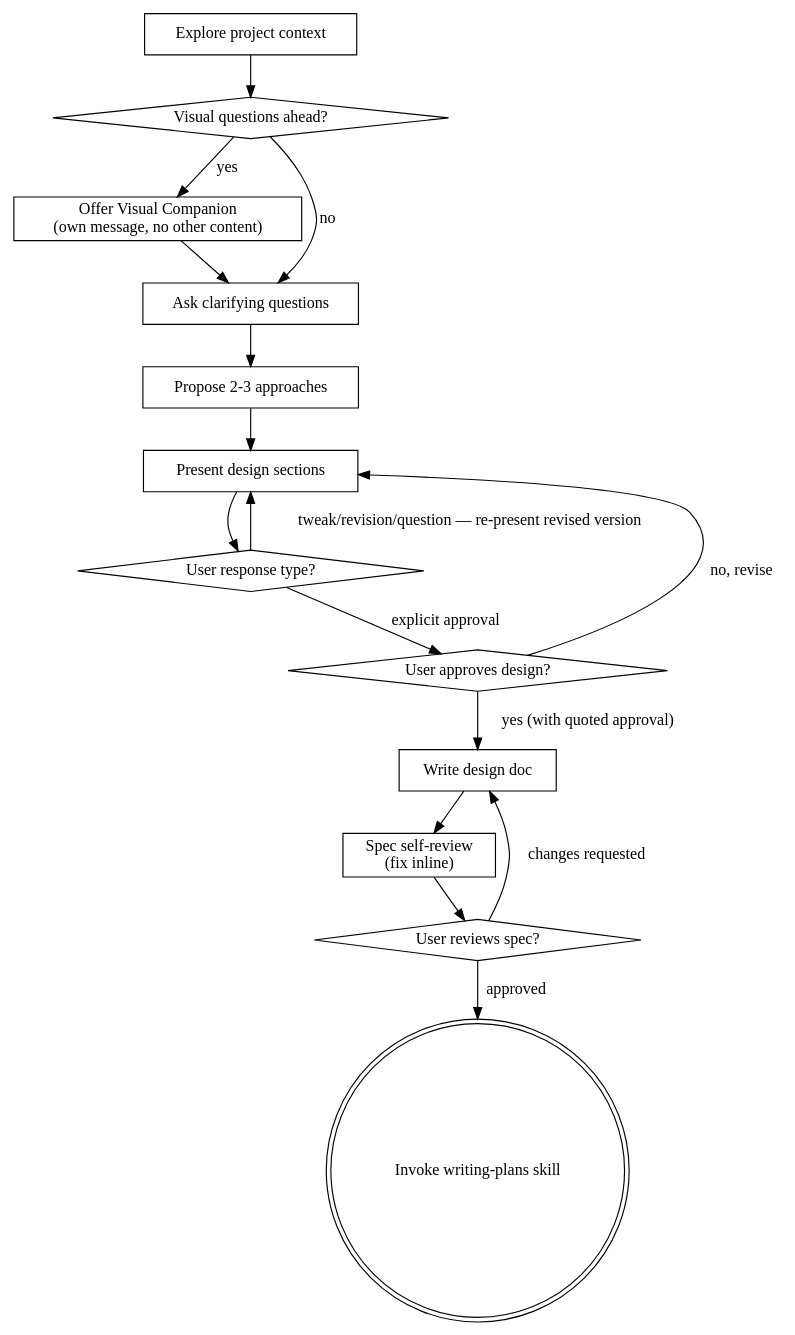
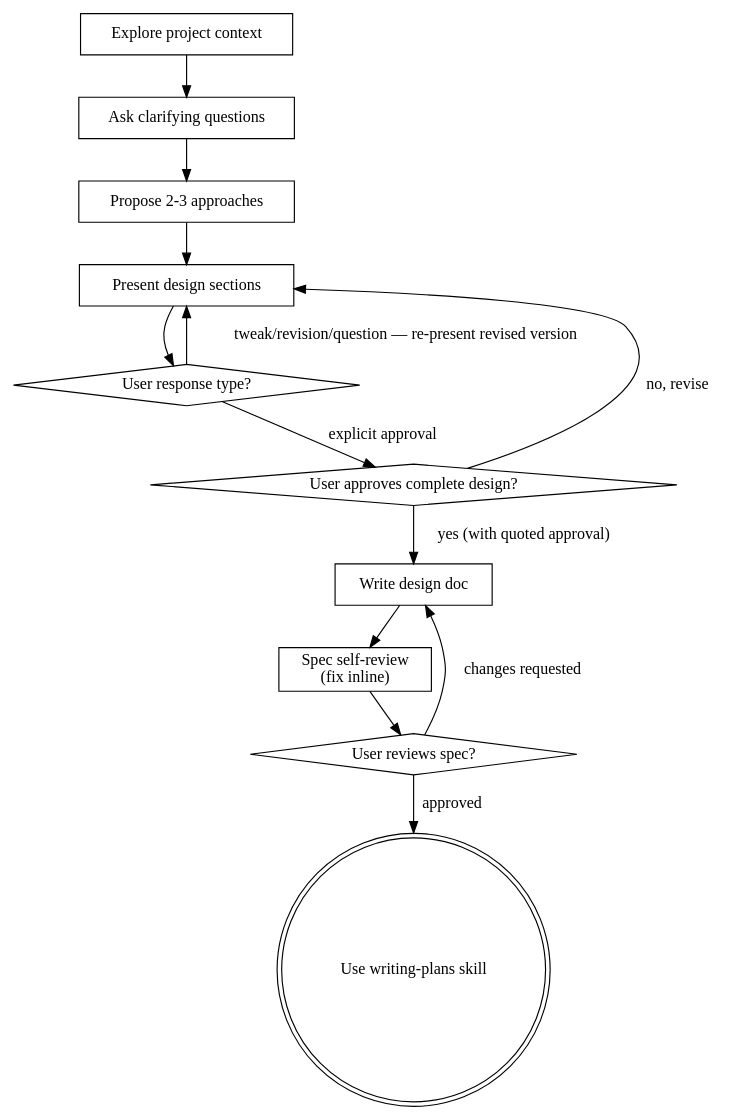
One commit to denolfe/dotfiles changed the diagram in pi/skills/brainstorming/SKILL.md. Above: the diagram before and after it, drawn with Graphviz. The commit also changed other lines of this file, not shown here.

Commit message:
feat(pi): adapt brainstorming skill

````diff
--- a/pi/skills/brainstorming/SKILL.md
+++ b/pi/skills/brainstorming/SKILL.md
@@ -62,32 +54,27 @@
 ```dot
 digraph brainstorming {
     "Explore project context" [shape=box];
-    "Visual questions ahead?" [shape=diamond];
-    "Offer Visual Companion\n(own message, no other content)" [shape=box];
     "Ask clarifying questions" [shape=box];
     "Propose 2-3 approaches" [shape=box];
     "Present design sections" [shape=box];
-    "User approves design?" [shape=diamond];
+    "User response type?" [shape=diamond];
+    "User approves complete design?" [shape=diamond];
     "Write design doc" [shape=box];
     "Spec self-review\n(fix inline)" [shape=box];
     "User reviews spec?" [shape=diamond];
-    "Invoke writing-plans skill" [shape=doublecircle];
+    "Use writing-plans skill" [shape=doublecircle];
 
-    "Explore project context" -> "Visual questions ahead?";
-    "Visual questions ahead?" -> "Offer Visual Companion\n(own message, no other content)" [label="yes"];
-    "Visual questions ahead?" -> "Ask clarifying questions" [label="no"];
-    "Offer Visual Companion\n(own message, no other content)" -> "Ask clarifying questions";
+    "Explore project context" -> "Ask clarifying questions";
     "Ask clarifying questions" -> "Propose 2-3 approaches";
     "Propose 2-3 approaches" -> "Present design sections";
     "Present design sections" -> "User response type?";
-    "User response type?" [shape=diamond];
     "User response type?" -> "Present design sections" [label="tweak/revision/question — re-present revised version"];
-    "User response type?" -> "User approves design?" [label="explicit approval"];
-    "User approves design?" -> "Present design sections" [label="no, revise"];
-    "User approves design?" -> "Write design doc" [label="yes (with quoted approval)"];
+    "User response type?" -> "User approves complete design?" [label="explicit approval"];
+    "User approves complete design?" -> "Present design sections" [label="no, revise"];
+    "User approves complete design?" -> "Write design doc" [label="yes (with quoted approval)"];
     "Write design doc" -> "Spec self-review\n(fix inline)";
     "Spec self-review\n(fix inline)" -> "User reviews spec?";
     "User reviews spec?" -> "Write design doc" [label="changes requested"];
-    "User reviews spec?" -> "Invoke writing-plans skill" [label="approved"];
+    "User reviews spec?" -> "Use writing-plans skill" [label="approved"];
 }
 ```
````
